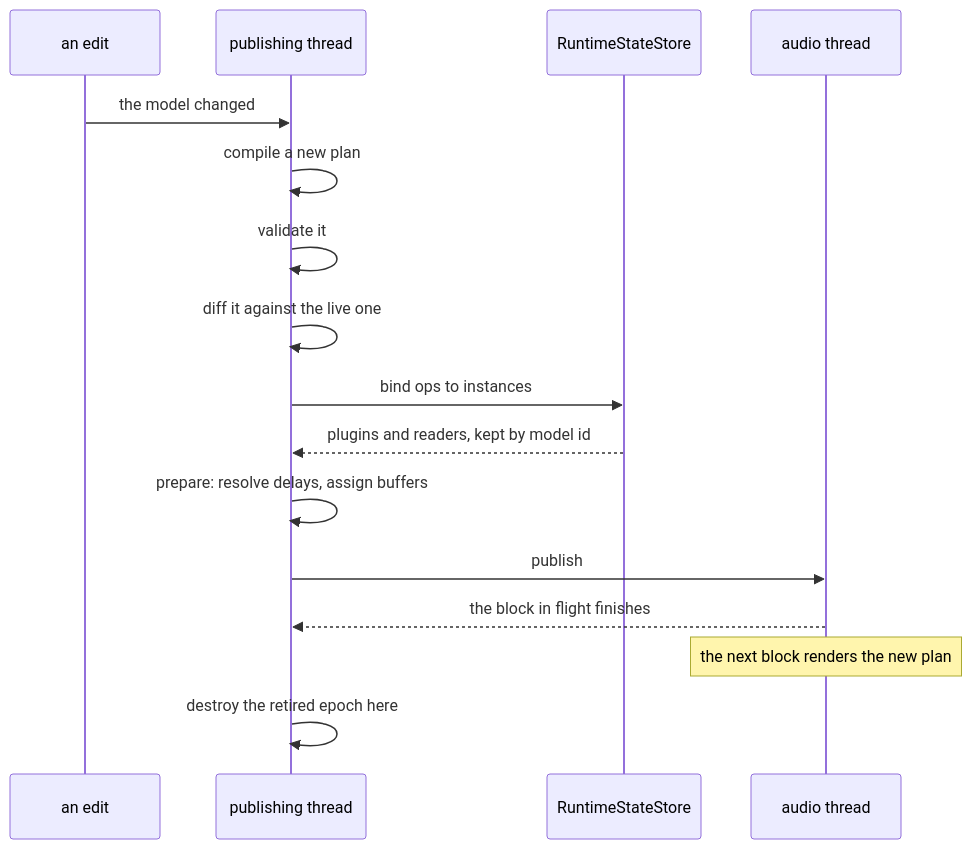
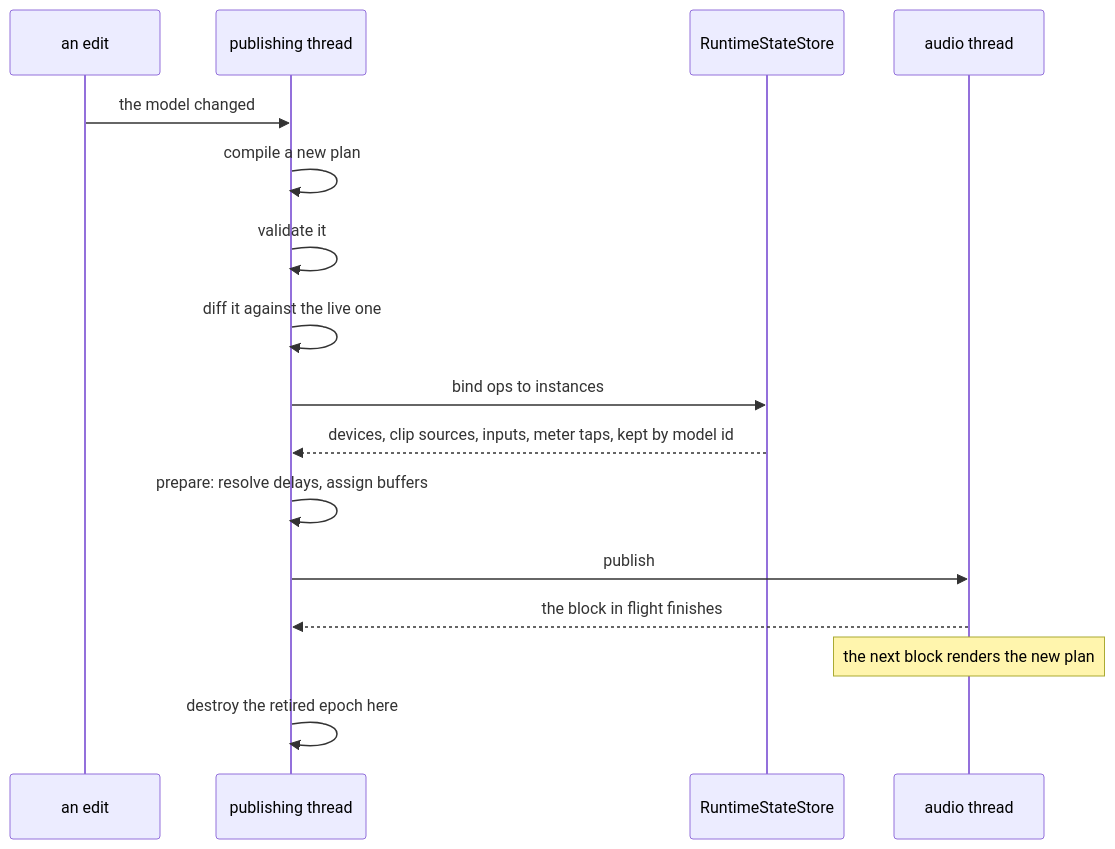
The third of 6 diagrams in docs/architecture/native-engine.md (Conceptual-Machines/magda-core), drawn with Mermaid before and after one commit. The commit also changed other lines of this file, not shown here.

````diff
--- a/docs/architecture/native-engine.md
+++ b/docs/architecture/native-engine.md
@@ -186,19 +199,19 @@
 ```mermaid
 sequenceDiagram
     participant U as an edit
     participant P as publishing thread
     participant S as RuntimeStateStore
     participant A as audio thread
 
     U->>P: the model changed
     P->>P: compile a new plan
     P->>P: validate it
     P->>P: diff it against the live one
     P->>S: bind ops to instances
-    S-->>P: plugins and readers, kept by model id
+    S-->>P: devices, clip sources, inputs, meter taps, kept by model id
     P->>P: prepare: resolve delays, assign buffers
     P->>A: publish
     A-->>P: the block in flight finishes
     Note over A: the next block renders the new plan
     P->>P: destroy the retired epoch here
 ```
````
